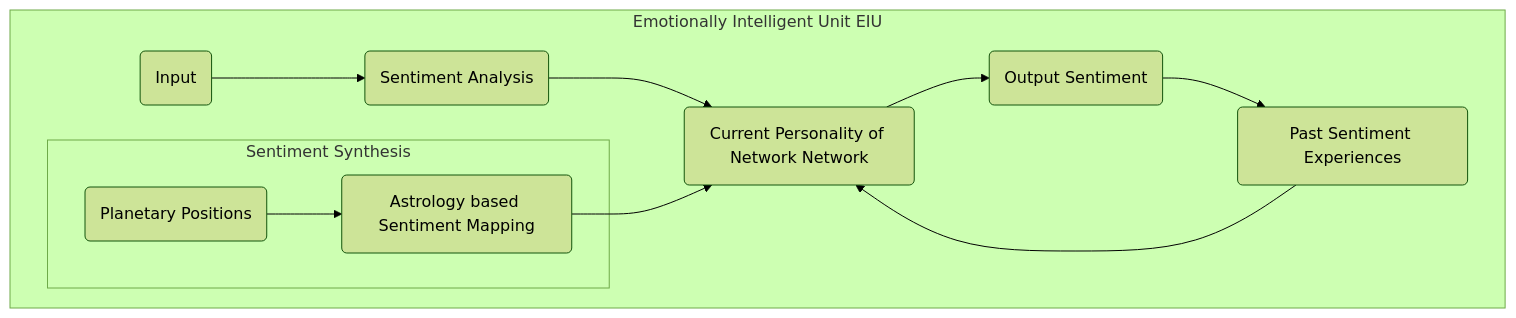
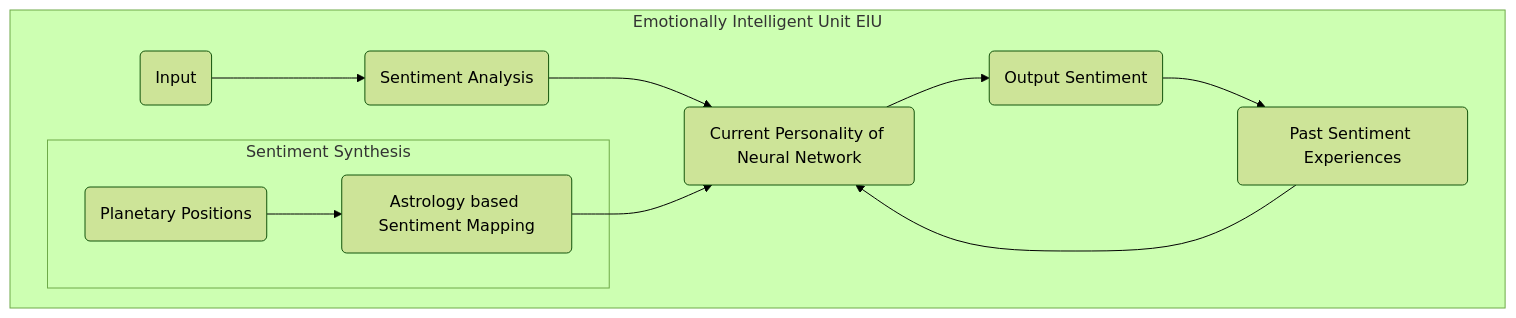
The diagram in Dissertation1.md (mohitlabs/Research), drawn with Mermaid (forest theme) before and after one commit.

````diff
--- a/Dissertation1.md
+++ b/Dissertation1.md
@@ -62,23 +62,23 @@
 ```mermaid
 flowchart TB
   input(Input)
   sa(Sentiment Analysis)
   pp(Planetary Positions)
   sm(Astrology based Sentiment Mapping)
   pse(Past Sentiment Experiences)
-  cp(Current Personality of Network Network)
+  cp(Current Personality of Neural Network)
   os(Output Sentiment)
   
   subgraph Emotionally Intelligent Unit EIU
     direction LR
       input-->sa
       subgraph Sentiment Synthesis
         pp-->sm
       end
       sa-->cp
       sm-->cp
       pse-->cp
       os-->pse
       cp-->os
   end
 ```
````
